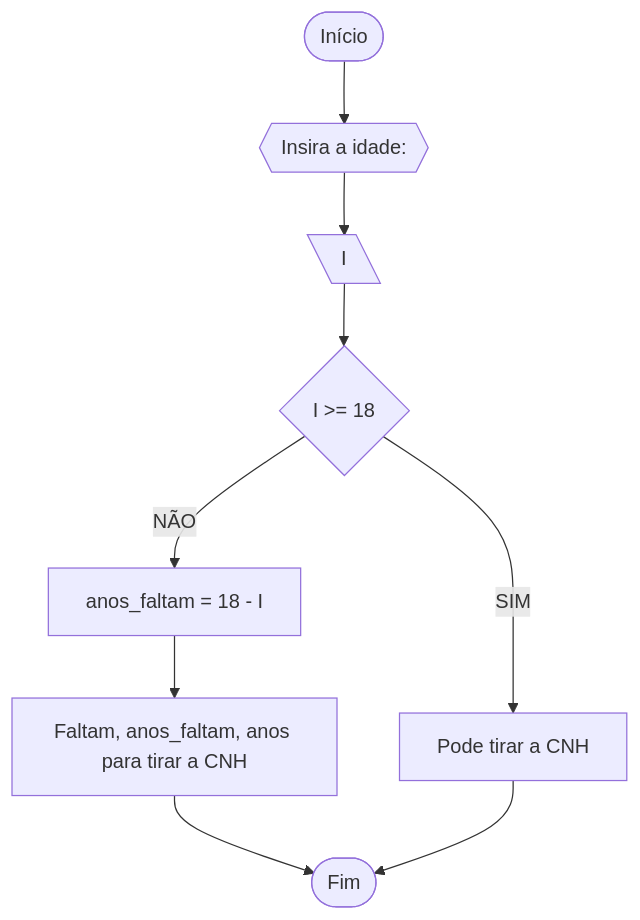
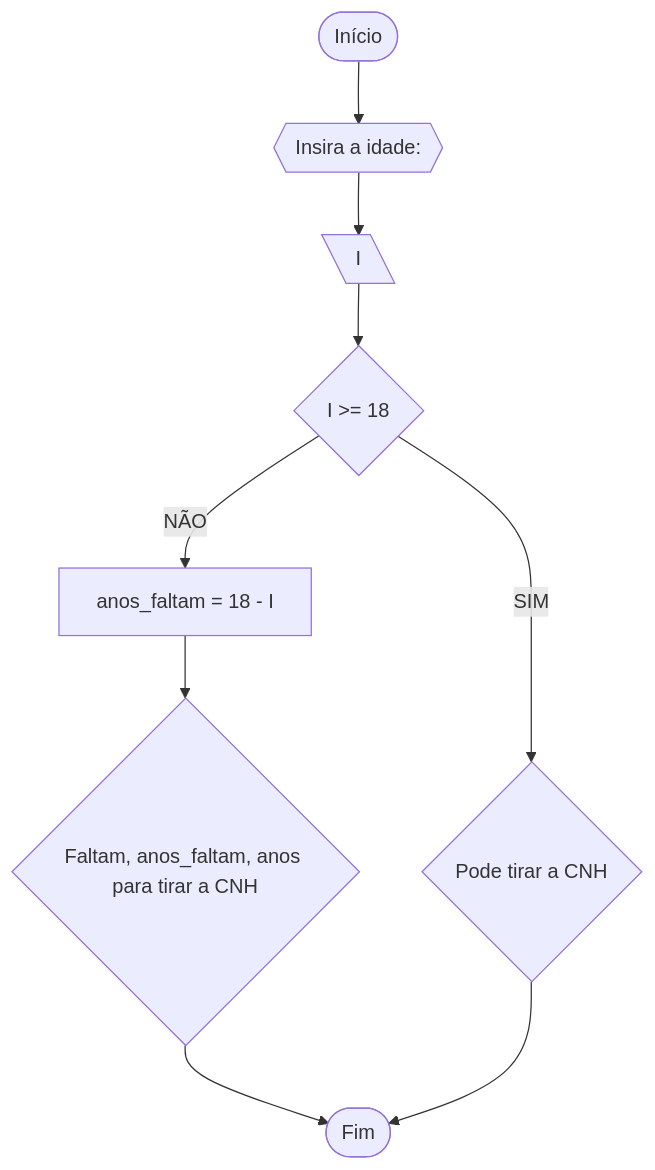
Before and after one commit to Jandih/Unifor: the fourth of 4 diagrams in RLA/lista_exercicio.md, drawn with Mermaid. The commit also changed other lines of this file, not shown here.

`````diff
--- a/RLA/lista_exercicio.md
+++ b/RLA/lista_exercicio.md
@@ -98,11 +98,11 @@
 ````mermaid
 flowchart TD
 A([Início]) --> B{{Insira a idade:}}
 B --> C[\I\]
 C --> D{I >= 18}
-D --SIM--> E[Pode tirar a CNH]
+D --SIM--> E{Pode tirar a CNH}
 D --NÃO--> F[anos_faltam = 18 - I]
-F --> G[Faltam, anos_faltam, anos para tirar a CNH]
+F --> G{Faltam, anos_faltam, anos para tirar a CNH}
 G --> H
 E --> H([Fim])
 ````
`````
